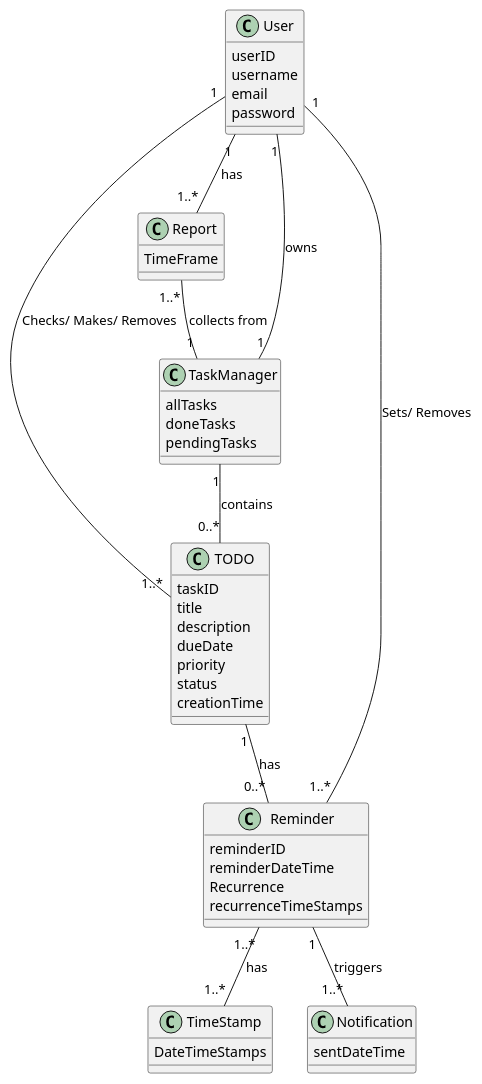
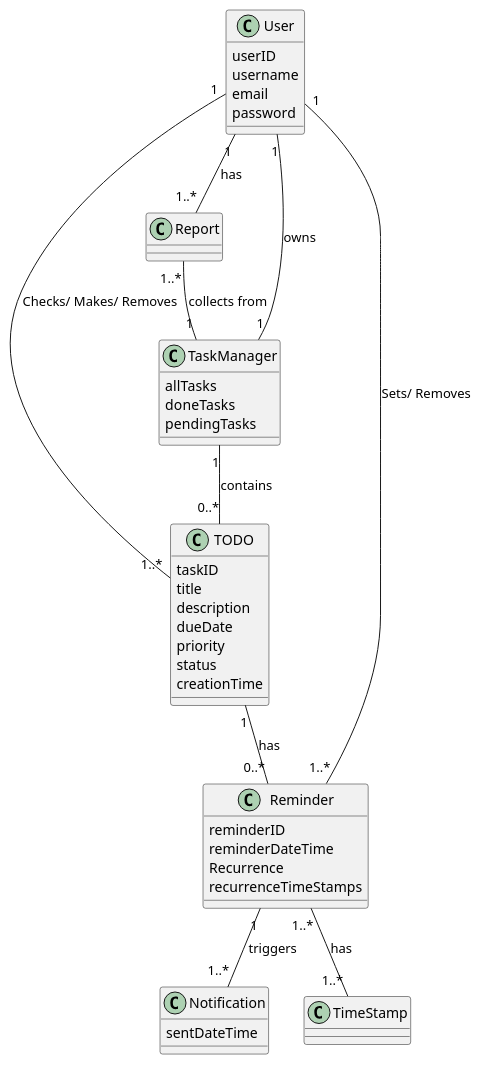
Before and after one commit to rofidakhaled/On-Time: the diagram in diagrams and usecases/domainmodel/domain_model.puml, drawn with PlantUML. The commit also changed 3 other files, not shown here.

Commit message:
updates ocls, class diagram, and domain diagram

```diff
--- a/diagrams and usecases/domainmodel/domain_model.puml
+++ b/diagrams and usecases/domainmodel/domain_model.puml
@@ -1,60 +1,53 @@
 @startuml
 
 
 class User {
     userID
     username
     email
     password
 }
 
 class TODO {
     taskID
     title
     description
     dueDate
     priority
     status
     creationTime
 }
 
 class TaskManager {
  allTasks
  doneTasks
  pendingTasks
 }
 
 class Reminder {
     reminderID
     reminderDateTime
     Recurrence
     recurrenceTimeStamps
 }
 
-class TimeStamp
-{
-    DateTimeStamps
-}
-
 class Notification {
     sentDateTime
 }
 
 class Report{
-
- TimeFrame
 
 }
 
 
 User "1" -- "1" TaskManager : owns
 TaskManager "1" -- "0..*" TODO : contains
 TODO "1" -- "0..*" Reminder : has
 Reminder "1" -- "1..*" Notification : triggers
 User "1" -- "1..*" TODO : Checks/ Makes/ Removes
 User "1" -- "1..*" Reminder : Sets/ Removes
 User "1" -- "1..*" Report : has
 Report "1..*" -- "1" TaskManager: collects from
 Reminder "1..*" -- "1..*" TimeStamp: has
 
 @enduml
```
